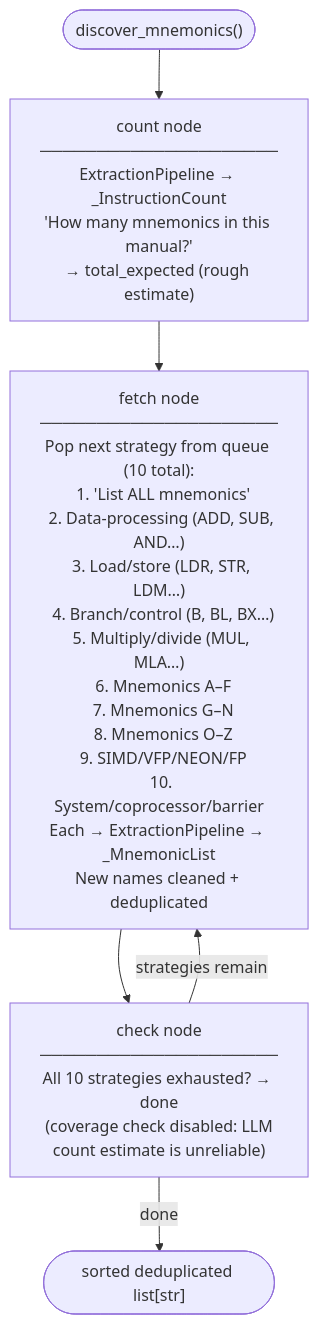
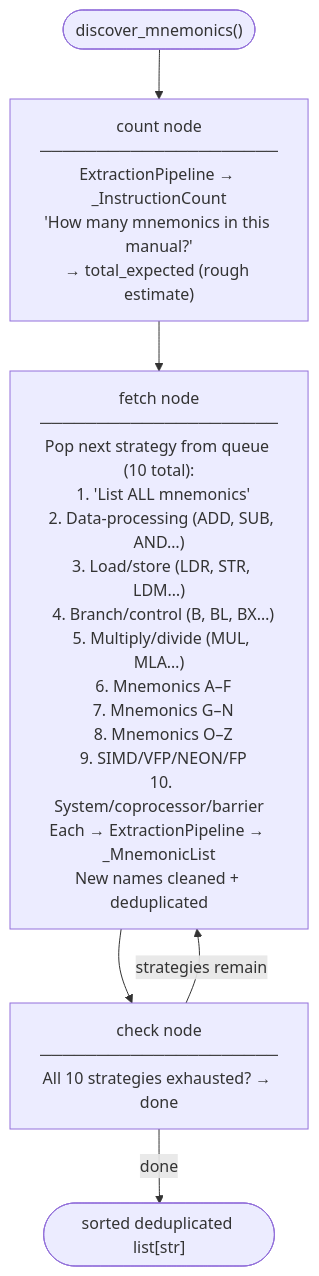
One commit to GSBhub/Rosetta changed the third of 4 diagrams in docs/data-flow.md. Above: the diagram before and after it, drawn with Mermaid. The commit also changed other lines of this file and 80 other files, not shown here.

````diff
--- a/docs/data-flow.md
+++ b/docs/data-flow.md
@@ -87,16 +94,16 @@
 ```mermaid
 flowchart TD
     START(["discover_mnemonics()"])
 
     COUNT["count node\n─────────────────────\nExtractionPipeline → _InstructionCount\n'How many mnemonics in this manual?'\n→ total_expected (rough estimate)"]
 
     FETCH["fetch node\n─────────────────────\nPop next strategy from queue (10 total):\n  1. 'List ALL mnemonics'\n  2. Data-processing (ADD, SUB, AND…)\n  3. Load/store (LDR, STR, LDM…)\n  4. Branch/control (B, BL, BX…)\n  5. Multiply/divide (MUL, MLA…)\n  6. Mnemonics A–F\n  7. Mnemonics G–N\n  8. Mnemonics O–Z\n  9. SIMD/VFP/NEON/FP\n  10. System/coprocessor/barrier\nEach → ExtractionPipeline → _MnemonicList\nNew names cleaned + deduplicated"]
 
-    CHECK["check node\n─────────────────────\nAll 10 strategies exhausted? → done\n(coverage check disabled: LLM\ncount estimate is unreliable)"]
+    CHECK["check node\n─────────────────────\nAll 10 strategies exhausted? → done"]
 
     DONE(["sorted deduplicated list[str]"])
 
     START --> COUNT --> FETCH --> CHECK
     CHECK -->|"strategies remain"| FETCH
     CHECK -->|done| DONE
 ```
````
